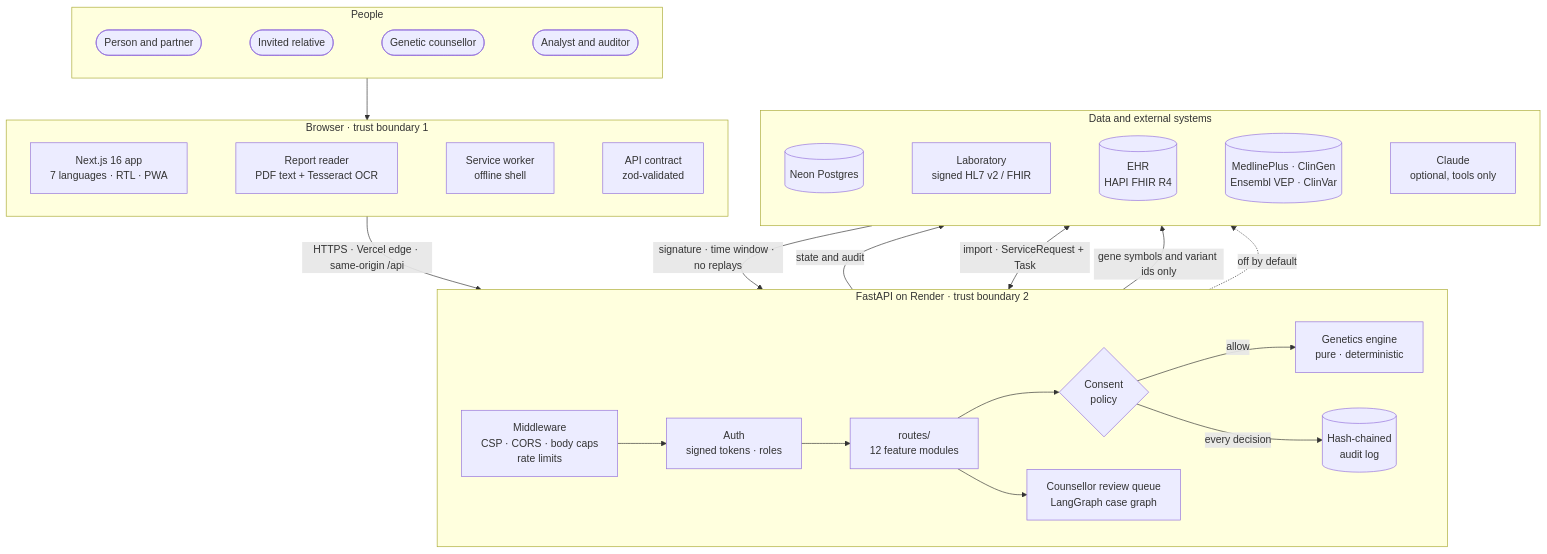
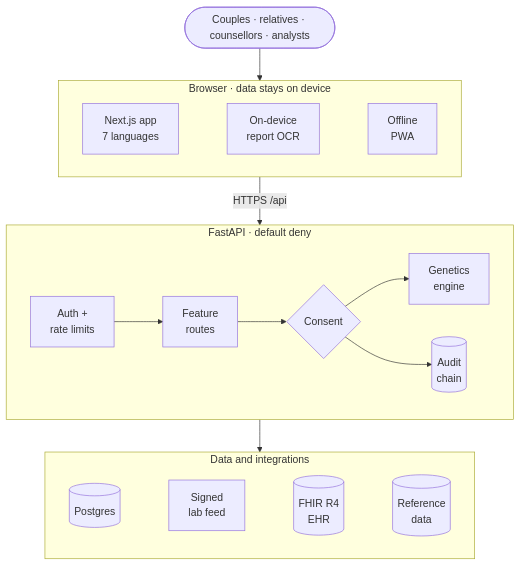
One commit to loktrishal-05/kinsight changed the first of 6 diagrams in README.md. Above: the diagram before and after it, drawn with Mermaid. The commit also changed other lines of this file, not shown here.

Commit message:
README: compact system design, architecture and pipeline diagrams (#138)

````diff
--- a/README.md
+++ b/README.md
@@ -90,33 +90,18 @@
 ```mermaid
 flowchart TB
-    subgraph Actors["People"]
+    U(["Couples · relatives · counsellors · analysts"])
+    subgraph B["Browser · data stays on device"]
         direction LR
-        P(["Person and partner"]) ~~~ R(["Invited relative"]) ~~~ C(["Genetic counsellor"]) ~~~ A(["Analyst and auditor"])
+        UI["Next.js app<br/>7 languages"] ~~~ OCR["On-device<br/>report OCR"] ~~~ PWA["Offline<br/>PWA"]
     end
-
-    subgraph Device["Browser · trust boundary 1"]
+    subgraph S["FastAPI · default deny"]
         direction LR
-        UI["Next.js 16 app<br/>7 languages · RTL · PWA"] ~~~ OCR["Report reader<br/>PDF text + Tesseract OCR"] ~~~ SW["Service worker<br/>offline shell"] ~~~ ZOD["API contract<br/>zod-validated"]
+        GW["Auth +<br/>rate limits"] --> RT["Feature<br/>routes"] --> CP{"Consent"} --> EN["Genetics<br/>engine"]
+        CP --> AU[("Audit<br/>chain")]
     end
-
-    subgraph Server["FastAPI on Render · trust boundary 2"]
+    subgraph X["Data and integrations"]
         direction LR
-        MW["Middleware<br/>CSP · CORS · body caps<br/>rate limits"] --> AUTH["Auth<br/>signed tokens · roles"] --> ROUTES["routes/<br/>12 feature modules"] --> POLICY{"Consent<br/>policy"}
-        POLICY -->|"allow"| ENGINE["Genetics engine<br/>pure · deterministic"]
-        POLICY -->|"every decision"| AUDIT[("Hash-chained<br/>audit log")]
-        ROUTES --> QUEUE["Counsellor review queue<br/>LangGraph case graph"]
+        DB[("Postgres")] ~~~ LAB["Signed<br/>lab feed"] ~~~ EHR[("FHIR R4<br/>EHR")] ~~~ REF[("Reference<br/>data")]
     end
-
-    subgraph External["Data and external systems"]
-        direction LR
-        DB[("Neon Postgres")] ~~~ LAB["Laboratory<br/>signed HL7 v2 / FHIR"] ~~~ EHR[("EHR<br/>HAPI FHIR R4")] ~~~ REF[("MedlinePlus · ClinGen<br/>Ensembl VEP · ClinVar")] ~~~ LLM["Claude<br/>optional, tools only"]
-    end
-
-    Actors --> Device
-    Device -->|"HTTPS · Vercel edge · same-origin /api"| Server
-    Server -->|"state and audit"| DB
-    LAB -->|"signature · time window · no replays"| Server
-    Server <-->|"import · ServiceRequest + Task"| EHR
-    Server -->|"gene symbols and variant ids only"| REF
-    Server -.->|"off by default"| LLM
+    U --> B -->|"HTTPS /api"| S --> X
 ```
````
